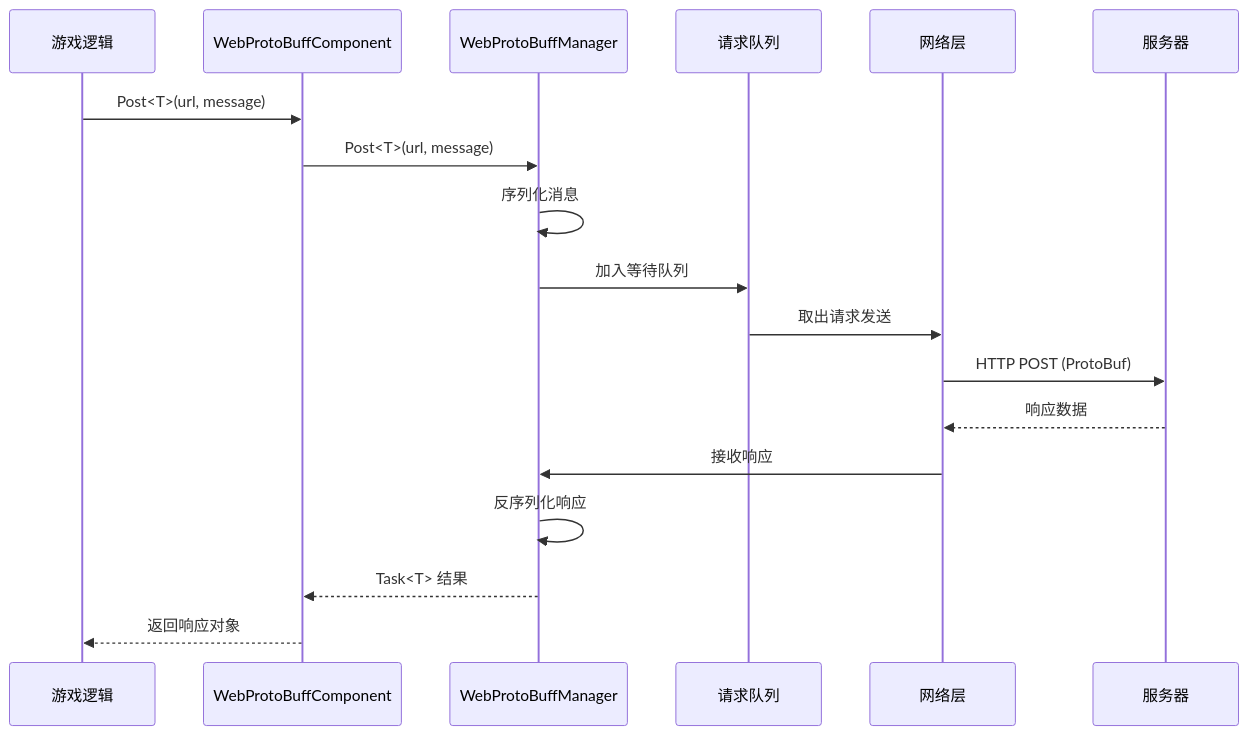
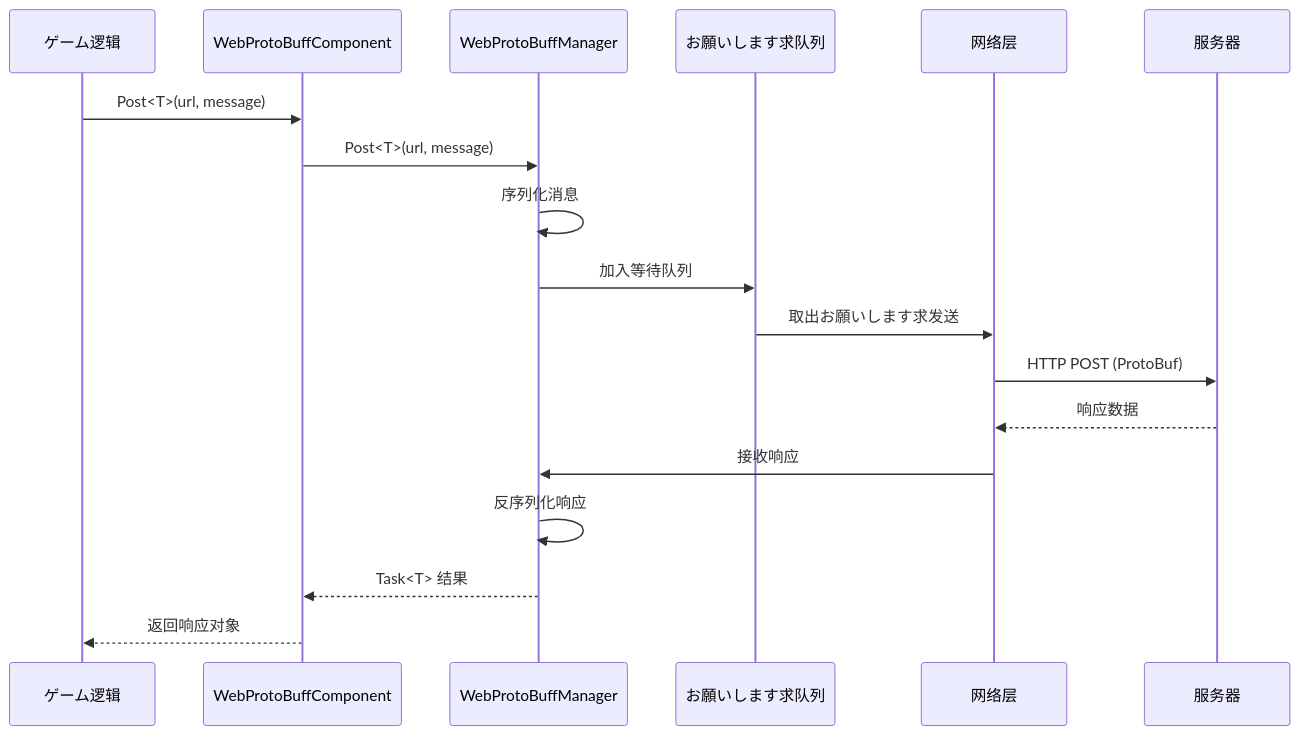
The second of 2 diagrams in docs/ja/client/unity/component/web-protobuff/03.getting-started.md (AlianBlank/GameFrameX.Docs), drawn with Mermaid before and after one commit. The commit also changed other lines of this file and 603 other files, not shown here.

````diff
--- a/docs/ja/client/unity/component/web-protobuff/03.getting-started.md
+++ b/docs/ja/client/unity/component/web-protobuff/03.getting-started.md
@@ -78,21 +78,21 @@
 ```mermaid
 sequenceDiagram
-    participant Game as 游戏逻辑
+    participant Game as ゲーム逻辑
     participant Comp as WebProtoBuffComponent
     participant Manager as WebProtoBuffManager
-    participant Queue as 请求队列
+    participant Queue as お願いします求队列
     participant Network as 网络层
     participant Server as 服务器
 
     Game->>Comp: Post<T>(url, message)
     Comp->>Manager: Post<T>(url, message)
     Manager->>Manager: 序列化消息
     Manager->>Queue: 加入等待队列
-    Queue->>Network: 取出请求发送
+    Queue->>Network: 取出お願いします求发送
     Network->>Server: HTTP POST (ProtoBuf)
     Server-->>Network: 响应数据
     Network->>Manager: 接收响应
     Manager->>Manager: 反序列化响应
     Manager-->>Comp: Task<T> 结果
     Comp-->>Game: 返回响应对象
 ```
````
